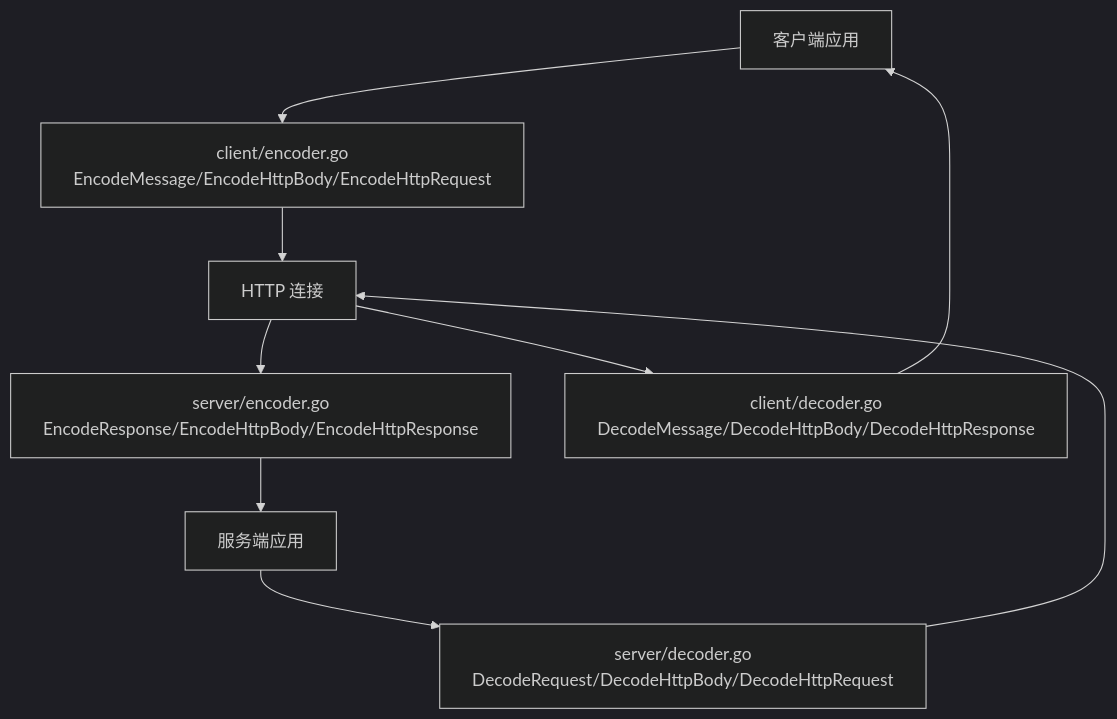
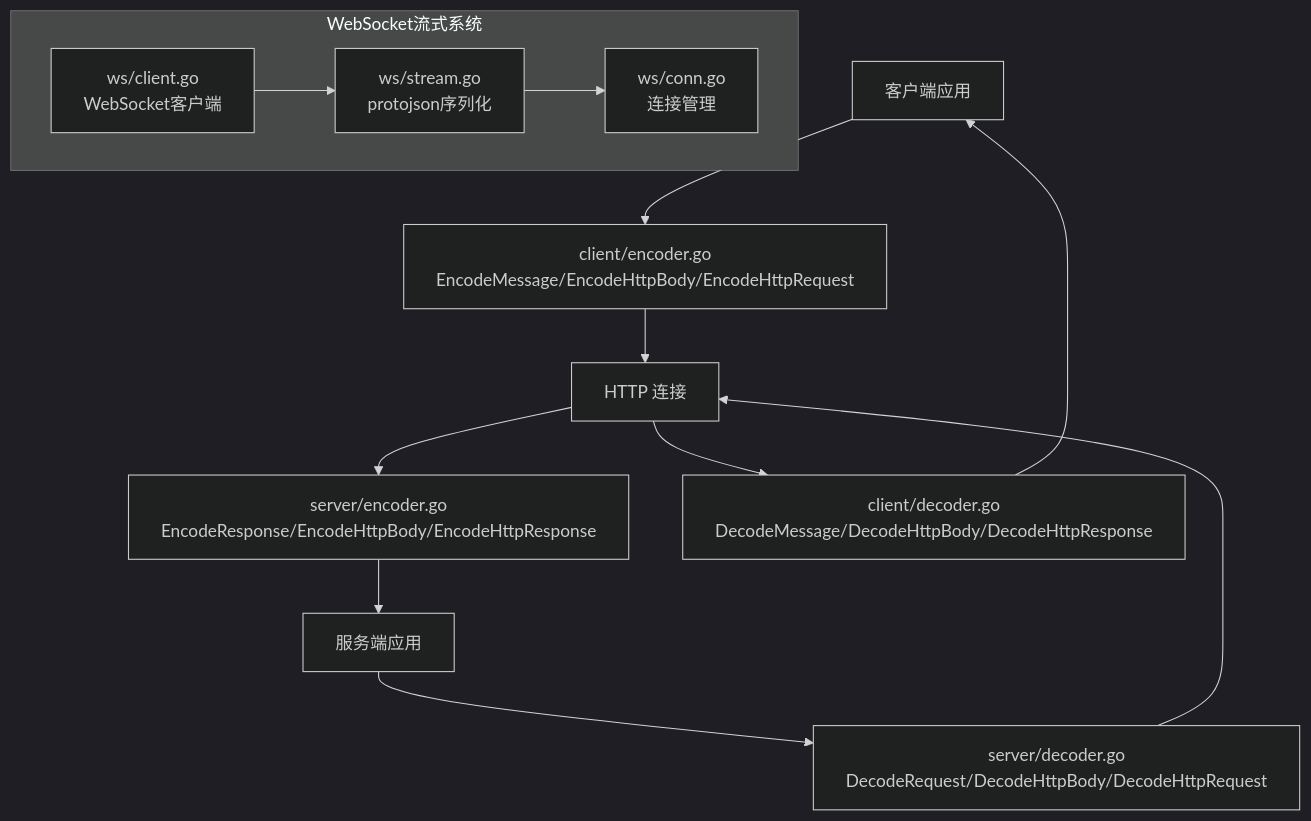
The second of 10 diagrams in .agents/repowiki/zh/content/HTTP 服务器框架/编解码器系统.md (soyacen/goose), drawn with Mermaid (dark theme) before and after one commit. The commit also changed other lines of this file and 3 other files, not shown here.

````diff
--- a/.agents/repowiki/zh/content/HTTP 服务器框架/编解码器系统.md
+++ b/.agents/repowiki/zh/content/HTTP 服务器框架/编解码器系统.md
@@ -134,11 +169,18 @@
 ```mermaid
 graph TB
 Client["客户端应用"] --> CE["client/encoder.go<br/>EncodeMessage/EncodeHttpBody/EncodeHttpRequest"]
 CE --> Net["HTTP 连接"]
 Net --> SE["server/encoder.go<br/>EncodeResponse/EncodeHttpBody/EncodeHttpResponse"]
 SE --> Server["服务端应用"]
 Server --> SD["server/decoder.go<br/>DecodeRequest/DecodeHttpBody/DecodeHttpRequest"]
 SD --> Net
 Net --> CD["client/decoder.go<br/>DecodeMessage/DecodeHttpBody/DecodeHttpResponse"]
 CD --> Client
+subgraph "WebSocket流式系统"
+WS_Client["ws/client.go<br/>WebSocket客户端"]
+WS_Stream["ws/stream.go<br/>protojson序列化"]
+WS_Conn["ws/conn.go<br/>连接管理"]
+WS_Client --> WS_Stream
+WS_Stream --> WS_Conn
+end
 ```
````
